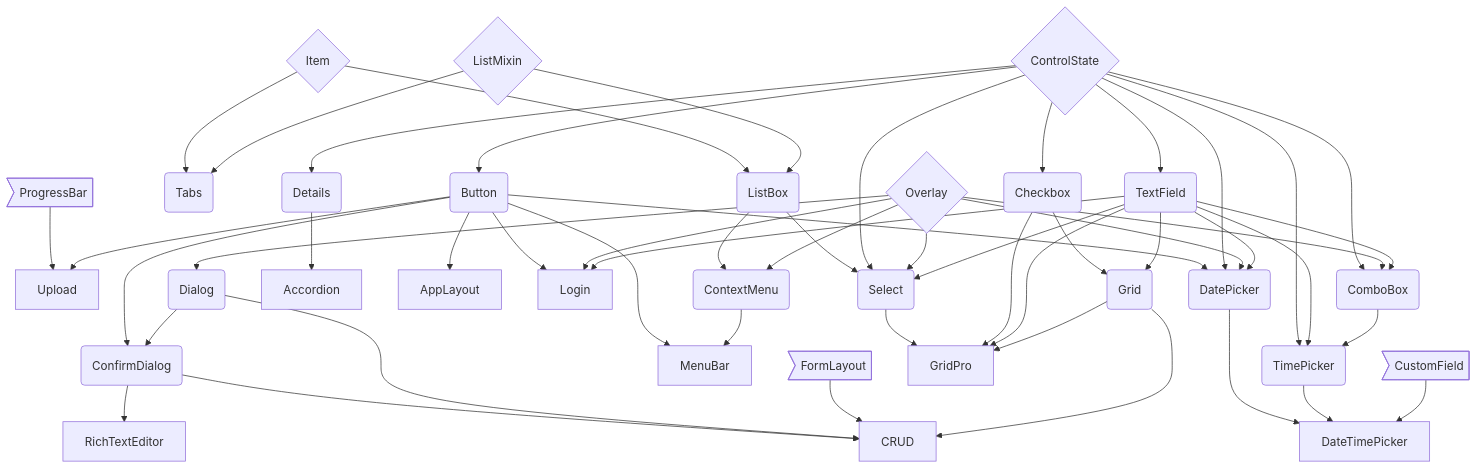
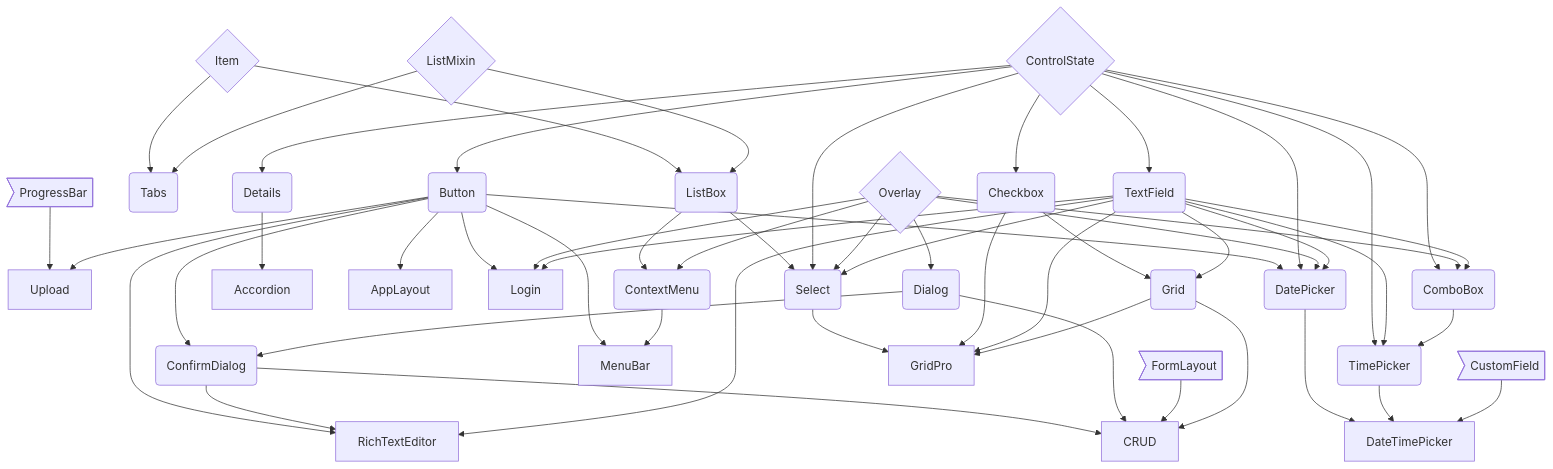
The diagram in COMPONENTS.md (web-padawan/components-flowchart), drawn with Mermaid before and after one commit.

Commit message:
Add missing rich-text-editor dependencies

```diff
--- a/COMPONENTS.md
+++ b/COMPONENTS.md
@@ -20,10 +20,12 @@
 DT --> A[Accordion]
 
 CSM --> B(Button)
+B --> U[Upload]
 B --> AL[AppLayout]
-B --> U[Upload]
+B --> LG[Login]
+
+B --> RTE[RichTextEditor]
 B --> CD(ConfirmDialog)
-B --> LG[Login]
 B --> DP
 
 CSM --> C(Checkbox)
@@ -34,8 +36,8 @@
 CSM --> S
 
 O{Overlay}
+O --> LG
 O --> D(Dialog)
-O --> LG
 O --> DP
 O --> CM
 O --> CB
@@ -59,8 +61,6 @@
 DP --> DTP[DateTimePicker]
 TP --> DTP
 
-CD --> RTE[RichTextEditor]
-
 S --> GP[GridPro]
 C --> GP
 T --> GP
@@ -71,6 +71,9 @@
 C --> G(Grid)
 T --> G
 
+CD --> RTE
+T --> RTE
+
 CD --> CR[CRUD]
 D --> CR
 G --> GP
```
